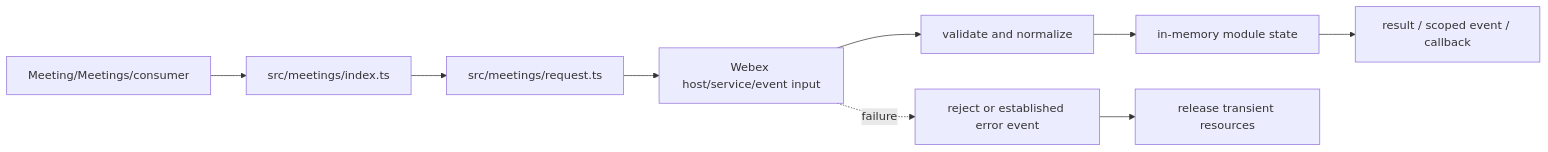
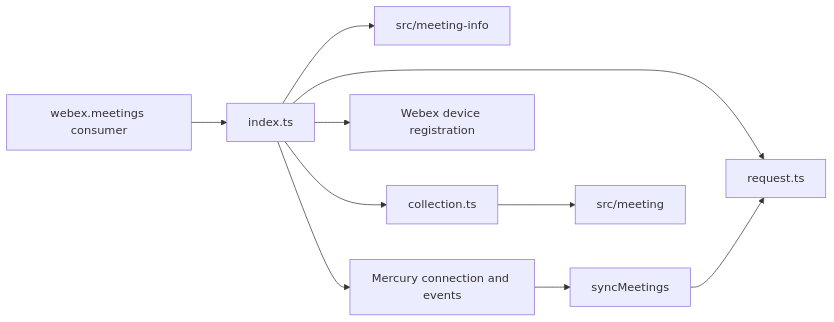
One commit to webex/webex-js-sdk changed the first of 5 diagrams in packages/@webex/plugin-meetings/src/meetings/ai-docs/meetings-spec.md. Above: the diagram before and after it, drawn with Mermaid. The commit also changed other lines of this file and 26 other files, not shown here.

Commit message:
docs(plugin-meetings): correction post spec-validator

````diff
--- a/packages/@webex/plugin-meetings/src/meetings/ai-docs/meetings-spec.md
+++ b/packages/@webex/plugin-meetings/src/meetings/ai-docs/meetings-spec.md
@@ -100,11 +105,12 @@
 ```mermaid
 flowchart LR
-  Caller[Meeting/Meetings/consumer] --> Entry[src/meetings/index.ts]
-  Entry --> Support[src/meetings/request.ts]
-  Support --> Remote[Webex host/service/event input]
-  Remote --> Normalize[validate and normalize]
-  Normalize --> State[in-memory module state]
-  State --> Output[result / scoped event / callback]
-  Remote -. failure .-> Error[reject or established error event]
-  Error --> Cleanup[release transient resources]
+  Consumer[webex.meetings consumer] --> Plugin[index.ts]
+  Plugin --> Request[request.ts]
+  Plugin --> Info[src/meeting-info]
+  Plugin --> Collection[collection.ts]
+  Plugin --> Device[Webex device registration]
+  Plugin --> Mercury[Mercury connection and events]
+  Mercury --> Sync[syncMeetings]
+  Sync --> Request
+  Collection --> Meeting[src/meeting]
 ```
````
